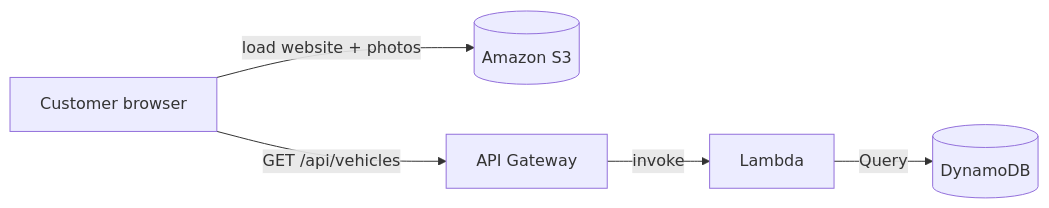
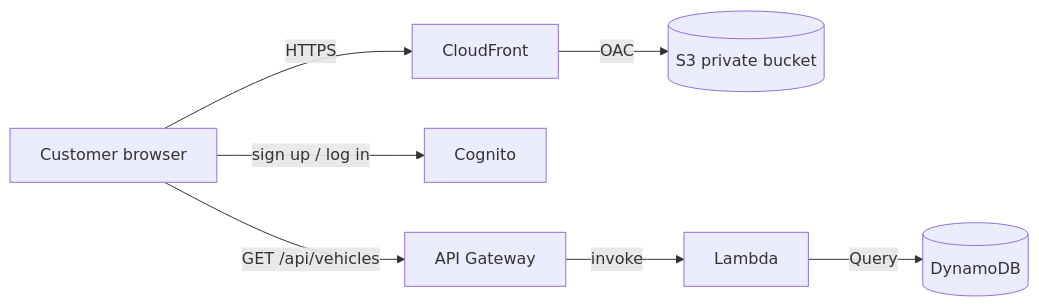
Before and after one commit to Tahir2132/capstone-car-rental: the diagram in docs/01-architecture.md, drawn with Mermaid. The commit also changed other lines of this file and 17 other files, not shown here.

Commit message:
Add CloudFront and Cognito

````diff
--- a/docs/01-architecture.md
+++ b/docs/01-architecture.md
@@ -5,7 +5,9 @@
 ```mermaid
 flowchart LR
-    B[Customer browser] -->|load website + photos| S3[(Amazon S3)]
+    B[Customer browser] -->|HTTPS| CF[CloudFront]
+    CF -->|OAC| S3[(S3 private bucket)]
+    B -->|sign up / log in| COG[Cognito]
     B -->|GET /api/vehicles| API[API Gateway]
     API -->|invoke| L[Lambda]
     L -->|Query| DB[(DynamoDB)]
 ```
````
